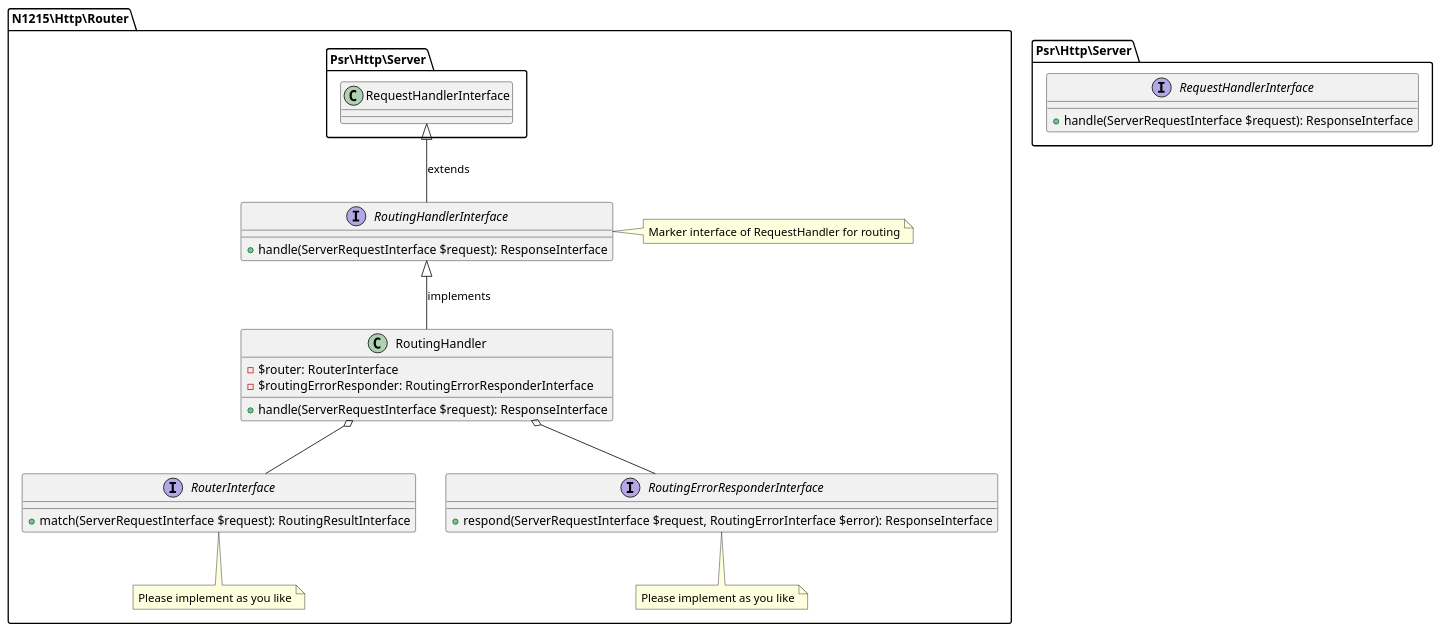
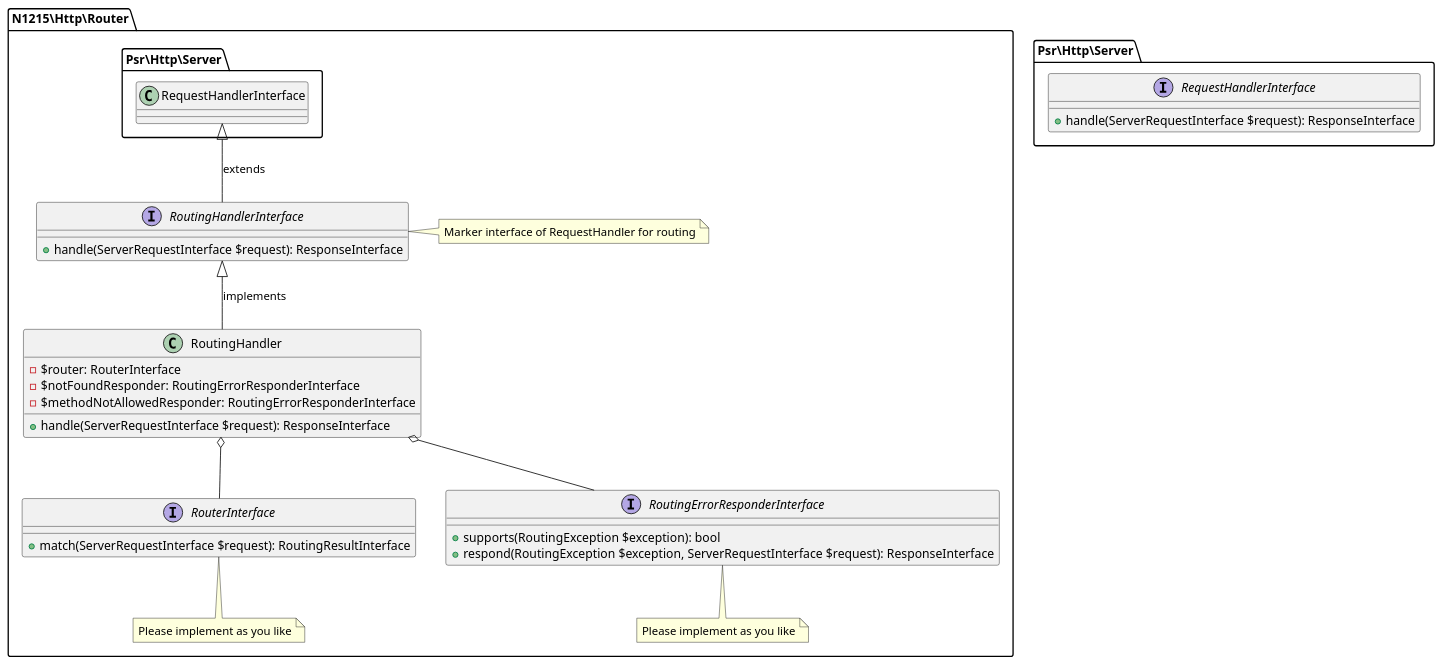
One commit to n1215/http-router changed the diagram in doc/routing-handler.puml. Above: the diagram before and after it, drawn with PlantUML. The commit also changed 30 other files, not shown here.

```diff
--- a/doc/routing-handler.puml
+++ b/doc/routing-handler.puml
@@ -1,40 +1,41 @@
 @startuml
 
 package N1215\Http\Router {
 
     interface RouterInterface {
         + match(ServerRequestInterface $request): RoutingResultInterface
     }
     note bottom of RouterInterface: Please implement as you like
 
     interface RoutingErrorResponderInterface {
-        + respond(ServerRequestInterface $request, RoutingErrorInterface $error): ResponseInterface
+        + supports(RoutingException $exception): bool
+        + respond(RoutingException $exception, ServerRequestInterface $request): ResponseInterface
     }
     note bottom of RoutingErrorResponderInterface: Please implement as you like
 
     interface RoutingHandlerInterface {
         + handle(ServerRequestInterface $request): ResponseInterface
     }
     note right of RoutingHandlerInterface: Marker interface of RequestHandler for routing
 
     class RoutingHandler {
         - $router: RouterInterface
-        - $routingErrorResponder: RoutingErrorResponderInterface
+        - $notFoundResponder: RoutingErrorResponderInterface
+        - $methodNotAllowedResponder: RoutingErrorResponderInterface
         + handle(ServerRequestInterface $request): ResponseInterface
     }
 
     Psr\Http\Server.RequestHandlerInterface <|-- RoutingHandlerInterface: extends
     RoutingHandlerInterface <|-- RoutingHandler: implements
 
     RoutingHandler o-- RouterInterface
     RoutingHandler o-- RoutingErrorResponderInterface
-
 }
 
 namespace Psr\Http\Server {
     interface RequestHandlerInterface {
         + handle(ServerRequestInterface $request): ResponseInterface
     }
 }
 
 @enduml
```
